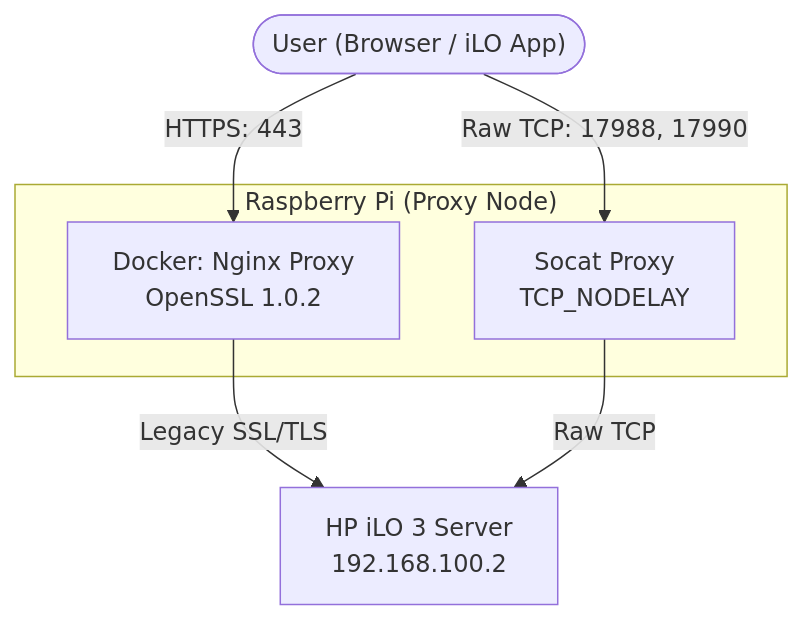
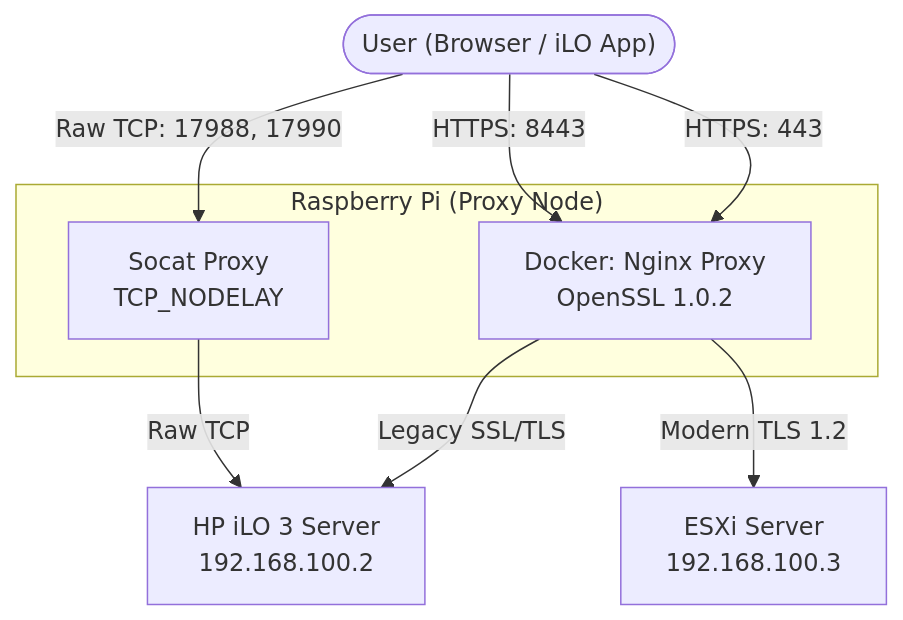
One commit to duy12i1i7/iLO3-HP-Server changed the diagram in README.md. Above: the diagram before and after it, drawn with Mermaid. The commit also changed 1 other file, not shown here.

Commit message:
Doc: Update Mermaid diagram to include ESXi proxy on port 8443

````diff
--- a/README.md
+++ b/README.md
@@ -20,13 +20,15 @@
 ```mermaid
 graph TD
     User(["User (Browser / iLO App)"]) -->|HTTPS: 443| Nginx["Docker: Nginx Proxy<br/>OpenSSL 1.0.2"]
+    User -->|HTTPS: 8443| Nginx
     User -->|Raw TCP: 17988, 17990| Socat["Socat Proxy<br/>TCP_NODELAY"]
     
     subgraph "Raspberry Pi (Proxy Node)"
         Nginx
         Socat
     end
 
     Nginx -->|Legacy SSL/TLS| iLO["HP iLO 3 Server<br/>192.168.100.2"]
+    Nginx -->|Modern TLS 1.2| ESXi["ESXi Server<br/>192.168.100.3"]
     Socat -->|Raw TCP| iLO
 ```
````
